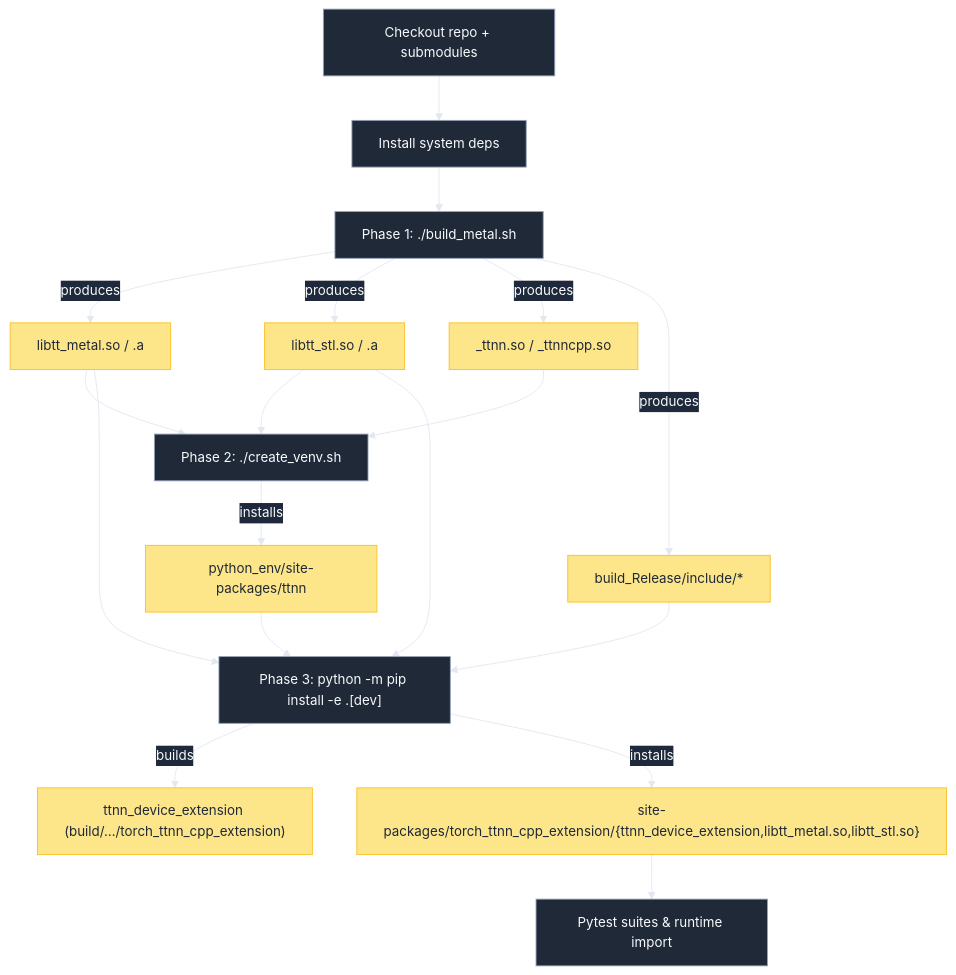
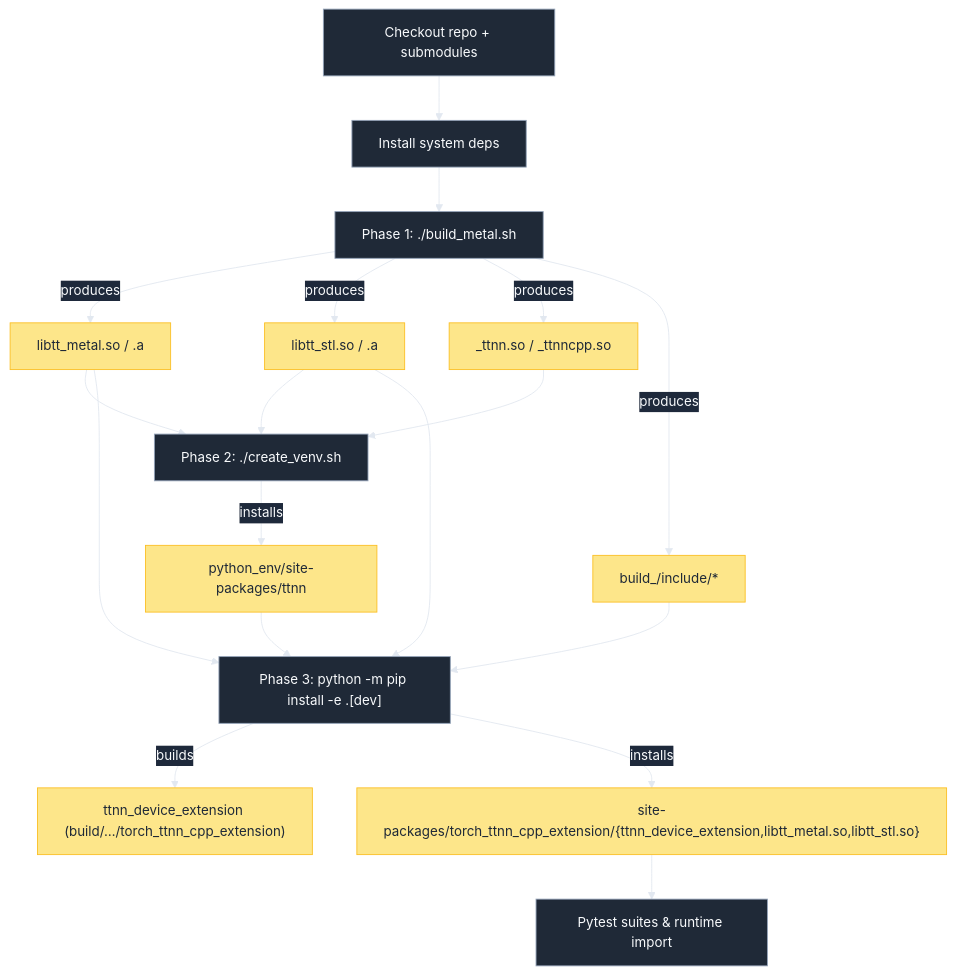
One commit to tenstorrent/pytorch2.0_ttnn changed the first of 5 diagrams in docs/BuildFlow.md. Above: the diagram before and after it, drawn with Mermaid. The commit also changed other lines of this file and 7 other files, not shown here.

Commit message:
fix: enhance C++ extension build and test workflow, docs are updated - build_cpp_extension.sh, run_cpp_extension_tests.sh are created with Release, Debug modes

````diff
--- a/docs/BuildFlow.md
+++ b/docs/BuildFlow.md
@@ -31,32 +57,32 @@
 ```mermaid
 %%{init: {'theme':'base','themeVariables':{'background':'#0f172a','primaryColor':'#1f2937','primaryTextColor':'#f8fafc','primaryBorderColor':'#94a3b8','secondaryColor':'#1f2937','tertiaryColor':'#334155','lineColor':'#e2e8f0','edgeLabelBackground':'#1e293b','edgeLabelColor':'#f8fafc','fontSize':'15px','fontFamily':'Inter, Arial, sans-serif'}}}%%
 graph TD
     checkout[Checkout repo + submodules] --> deps[Install system deps]
     deps --> build_metal["Phase 1: ./build_metal.sh"]
     build_metal -->|produces| lib_metal["libtt_metal.so / .a"]
     build_metal -->|produces| lib_stl["libtt_stl.so / .a"]
     build_metal -->|produces| python_bindings["_ttnn.so / _ttnncpp.so"]
-    build_metal -->|produces| headers["build_Release/include/*"]
+    build_metal -->|produces| headers["build_<TYPE>/include/*"]
     classDef artifact fill:#fde68a,stroke:#fbbf24,stroke-width:1px,color:#1f2937;
     class lib_metal,lib_stl,python_bindings,headers artifact;
 
     lib_metal --> create_venv["Phase 2: ./create_venv.sh"]
     lib_stl --> create_venv
     python_bindings --> create_venv
     create_venv -->|installs| ttnn_pkg["python_env/site-packages/ttnn"]
     class ttnn_pkg artifact;
 
     ttnn_pkg --> pip_install["Phase 3: python -m pip install -e .[dev]"]
     headers --> pip_install
     lib_metal --> pip_install
     lib_stl --> pip_install
 
     pip_install -->|builds| extension["ttnn_device_extension (build/…/torch_ttnn_cpp_extension)"]
     class extension artifact;
     pip_install -->|installs| runtime_libs["site-packages/torch_ttnn_cpp_extension/{ttnn_device_extension,libtt_metal.so,libtt_stl.so}"]
     class runtime_libs artifact;
 
     runtime_libs --> tests[Pytest suites & runtime import]
     classDef phase fill:#1f2937,stroke:#94a3b8,stroke-width:1px,color:#f8fafc;
     class checkout,deps,build_metal,create_venv,pip_install,tests phase;
 ```
````
